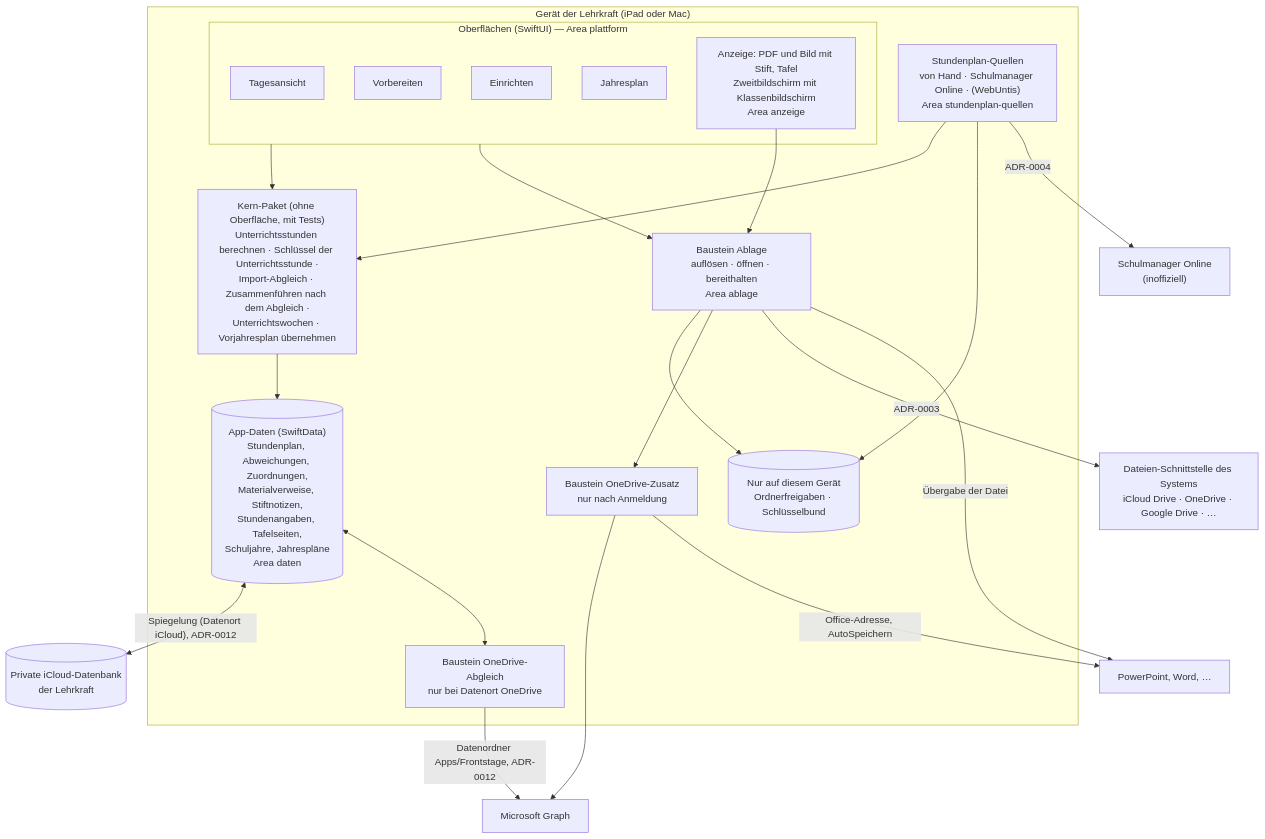
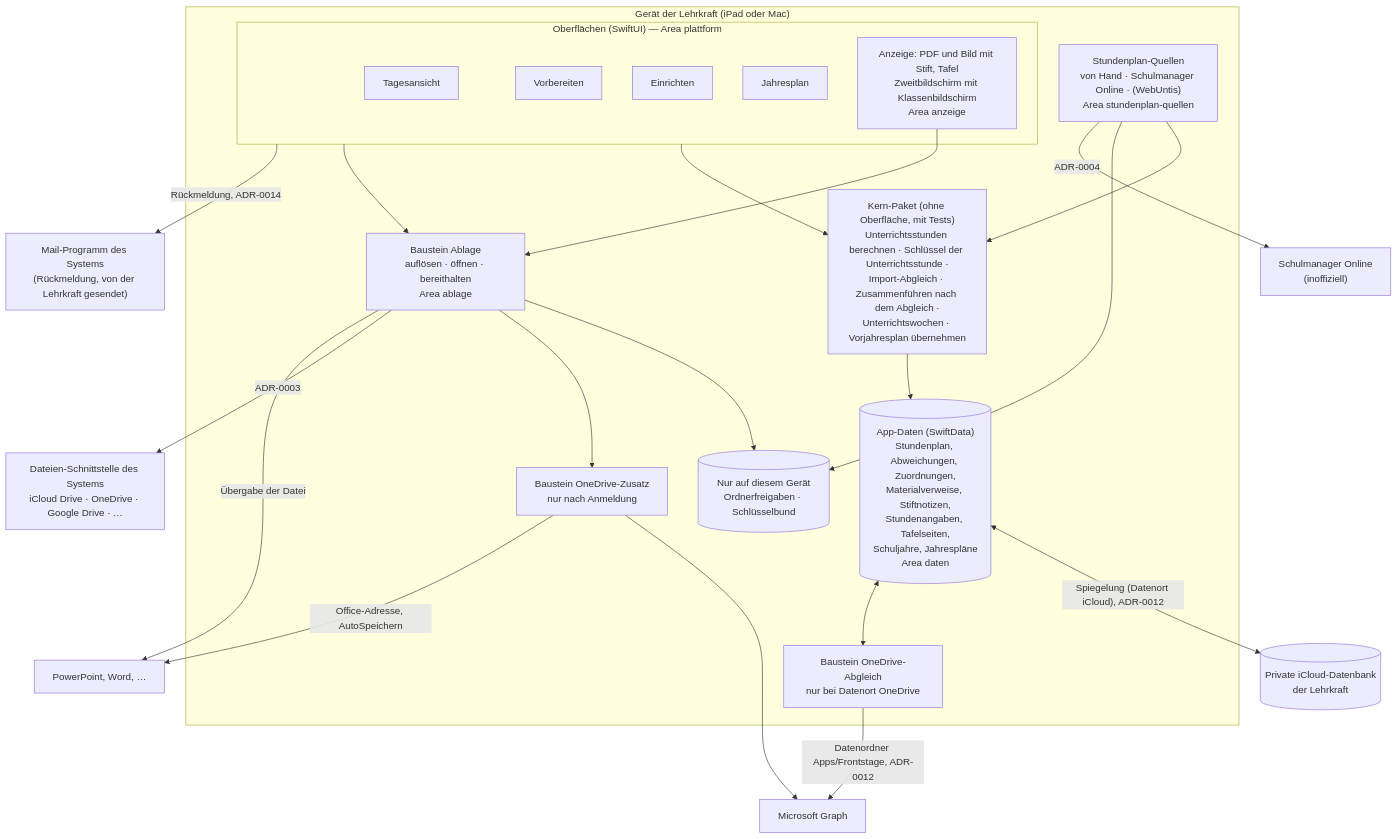
One commit to andreasgrathwohl/Tagesmappe changed the diagram in docs/ARCHITECTURE.md. Above: the diagram before and after it, drawn with Mermaid. The commit also changed other lines of this file and 9 other files, not shown here.

````diff
--- a/docs/ARCHITECTURE.md
+++ b/docs/ARCHITECTURE.md
@@ -21,42 +21,44 @@
 ```mermaid
 flowchart TB
     subgraph Geraet["Gerät der Lehrkraft (iPad oder Mac)"]
         subgraph UI["Oberflächen (SwiftUI) — Area plattform"]
             Tag["Tagesansicht"]
             Vorb["Vorbereiten"]
             Einr["Einrichten"]
             Jahr["Jahresplan"]
             Anz["Anzeige: PDF und Bild mit Stift, Tafel<br/>Zweitbildschirm mit Klassenbildschirm<br/>Area anzeige"]
         end
         Kern["Kern-Paket (ohne Oberfläche, mit Tests)<br/>Unterrichtsstunden berechnen · Schlüssel der Unterrichtsstunde ·<br/>Import-Abgleich · Zusammenführen nach dem Abgleich ·<br/>Unterrichtswochen · Vorjahresplan übernehmen"]
         Daten[("App-Daten (SwiftData)<br/>Stundenplan, Abweichungen, Zuordnungen,<br/>Materialverweise, Stiftnotizen,<br/>Stundenangaben, Tafelseiten,<br/>Schuljahre, Jahrespläne<br/>Area daten")]
         Lokal[("Nur auf diesem Gerät<br/>Ordnerfreigaben · Schlüsselbund")]
         Abl["Baustein Ablage<br/>auflösen · öffnen · bereithalten<br/>Area ablage"]
         OD["Baustein OneDrive-Zusatz<br/>nur nach Anmeldung"]
         DOD["Baustein OneDrive-Abgleich<br/>nur bei Datenort OneDrive"]
         Quel["Stundenplan-Quellen<br/>von Hand · Schulmanager Online · (WebUntis)<br/>Area stundenplan-quellen"]
     end
 
     iCloud[("Private iCloud-Datenbank<br/>der Lehrkraft")]
     Files["Dateien-Schnittstelle des Systems<br/>iCloud Drive · OneDrive · Google Drive · …"]
     Office["PowerPoint, Word, …"]
     Graph["Microsoft Graph"]
     SM["Schulmanager Online<br/>(inoffiziell)"]
+    Mail["Mail-Programm des Systems<br/>(Rückmeldung, von der Lehrkraft gesendet)"]
 
     UI --> Kern
     Kern --> Daten
     UI --> Abl
     Anz --> Abl
     Abl --> Lokal
     Abl --> OD
     Quel --> Kern
     Quel --> Lokal
     Daten <-- "Spiegelung (Datenort iCloud), ADR-0012" --> iCloud
     Daten <--> DOD
     DOD -- "Datenordner Apps/Frontstage, ADR-0012" --> Graph
     Abl -- "ADR-0003" --> Files
     Abl -- "Übergabe der Datei" --> Office
     OD --> Graph
     OD -- "Office-Adresse, AutoSpeichern" --> Office
     Quel -- "ADR-0004" --> SM
+    UI -- "Rückmeldung, ADR-0014" --> Mail
 ```
````
